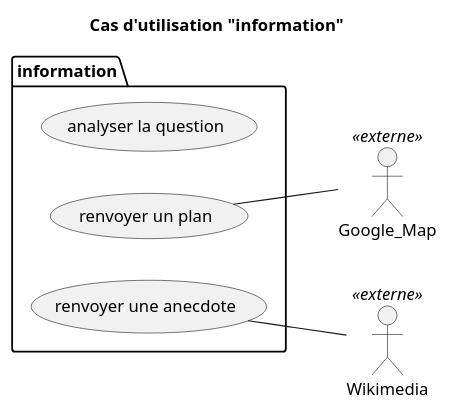
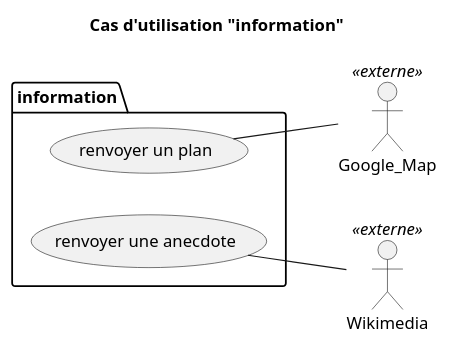
One commit to Zepmanbc/oc_dapython_pr7 changed the diagram in doc/uml/03_UC_information.puml. Above: the diagram before and after it, drawn with PlantUML. The commit also changed 6 other files, not shown here.

```diff
--- a/doc/uml/03_UC_information.puml
+++ b/doc/uml/03_UC_information.puml
@@ -1,18 +1,17 @@
 @startuml 03_UC_information
 title Cas d'utilisation "information"
 
 package information{
     left to right direction
-    (analyser la question) as analyse
     (renvoyer un plan) as map
     (renvoyer une anecdote) as story
 }
 actor Google_Map <<externe>>
 actor Wikimedia <<externe>>
 
 map -- Google_Map
 story -- Wikimedia
 
 
 
 @enduml
```
